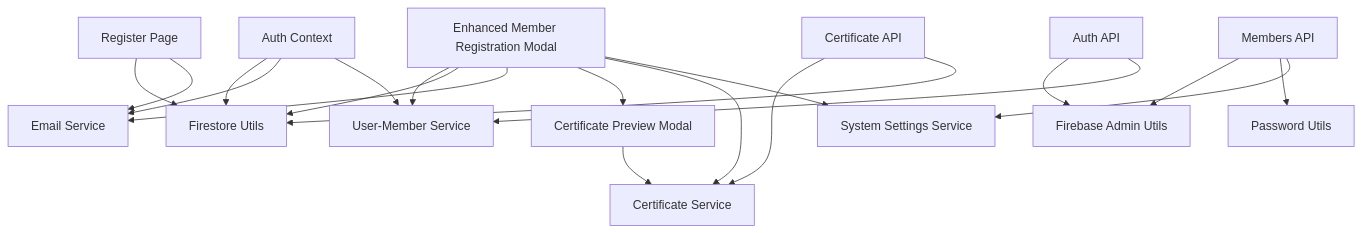
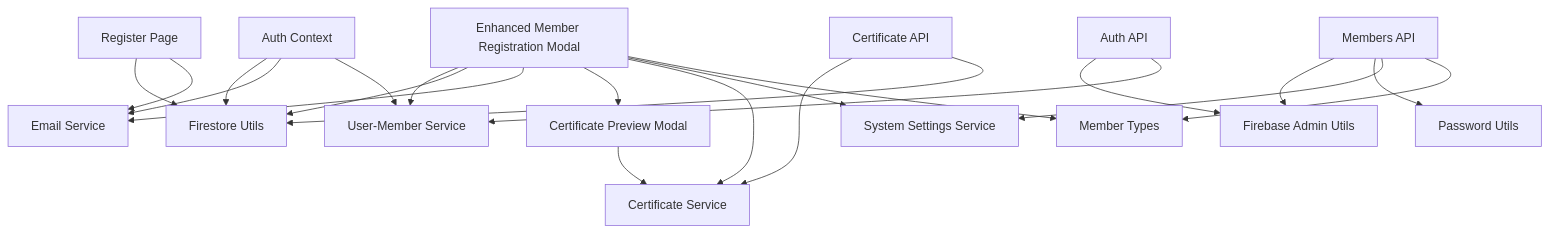
One commit to Unsure-bry/sampacoop_system changed the sixth of 6 diagrams in .qoder/repowiki/en/content/Member Management System/Member Registration Workflow.md. Above: the diagram before and after it, drawn with Mermaid. The commit also changed other lines of this file and 5 other files, not shown here.

````diff
--- a/.qoder/repowiki/en/content/Member Management System/Member Registration Workflow.md
+++ b/.qoder/repowiki/en/content/Member Management System/Member Registration Workflow.md
@@ -487,22 +540,24 @@
 ```mermaid
 graph TB
 RP["Register Page"] --> FIRESTORE["Firestore Utils"]
 RP --> EMAIL["Email Service"]
 MRM["Enhanced Member Registration Modal"] --> UMS["User-Member Service"]
 MRM --> FIRESTORE
 MRM --> EMAIL
 MRM --> CPM["Certificate Preview Modal"]
 MRM --> CERTSERVICE["Certificate Service"]
 MRM --> SETTINGS["System Settings Service"]
+MRM --> MEMBERTYPES["Member Types"]
 CPM --> CERTSERVICE
 API_MEM["Members API"] --> FB_ADMIN["Firebase Admin Utils"]
 API_MEM --> PWUTILS["Password Utils"]
 API_MEM --> SETTINGS
+API_MEM --> MEMBERTYPES
 API_CERT["Certificate API"] --> CERTSERVICE
 API_CERT --> FIRESTORE
 AUTHCTX["Auth Context"] --> FIRESTORE
 AUTHCTX --> EMAIL
 AUTHCTX --> UMS
 API_AUTH["Auth API"] --> FB_ADMIN
 API_AUTH --> UMS
 ```
````
